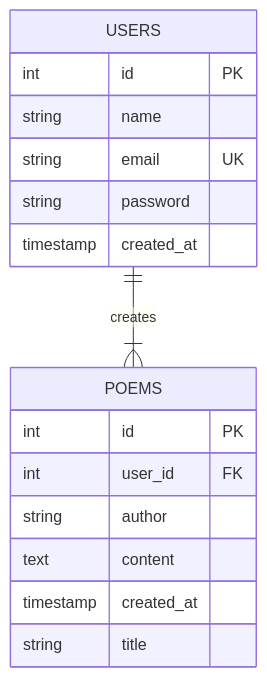
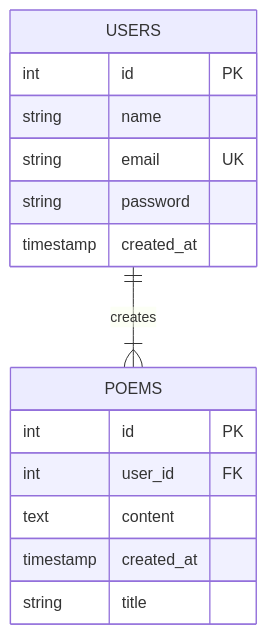
Before and after one commit to globe-and-citizen/weve-got-poems: the diagram in backend/README.md, drawn with Mermaid.

Commit message:
Removed **author**

````diff
--- a/backend/README.md
+++ b/backend/README.md
@@ -26,19 +26,18 @@
 ```mermaid
 erDiagram
     USERS ||--|{ POEMS : creates
     USERS {
         int id PK
         string name
         string email UK
         string password
         timestamp created_at
     }
     POEMS {
         int id PK
         int user_id FK
-        string author
         text content
         timestamp created_at
         string title
     }
 ```
````
